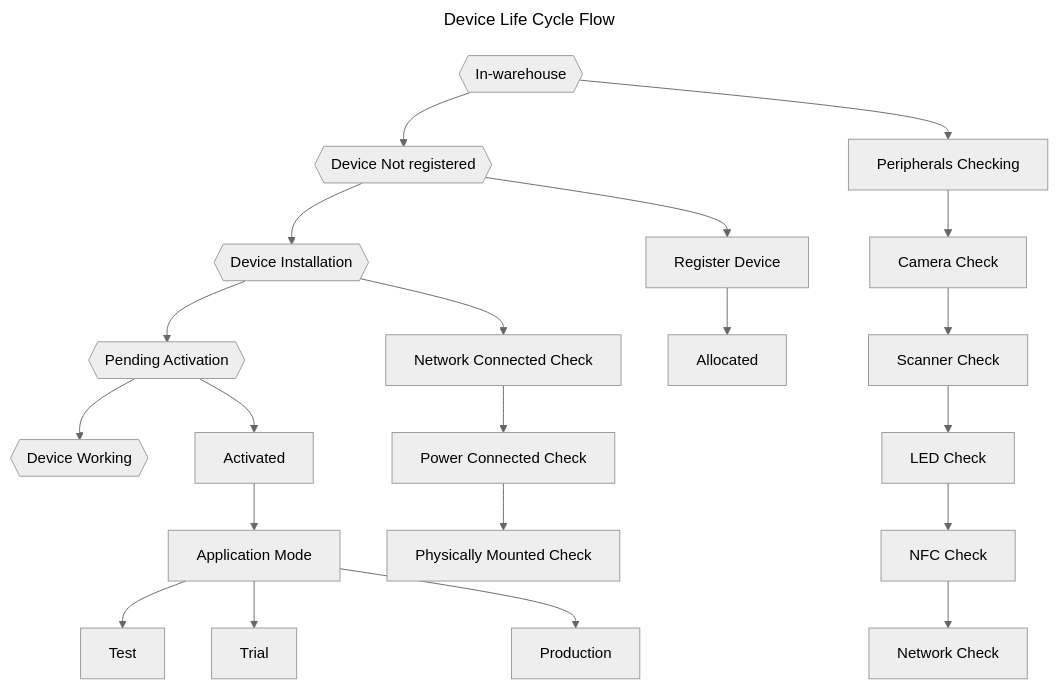
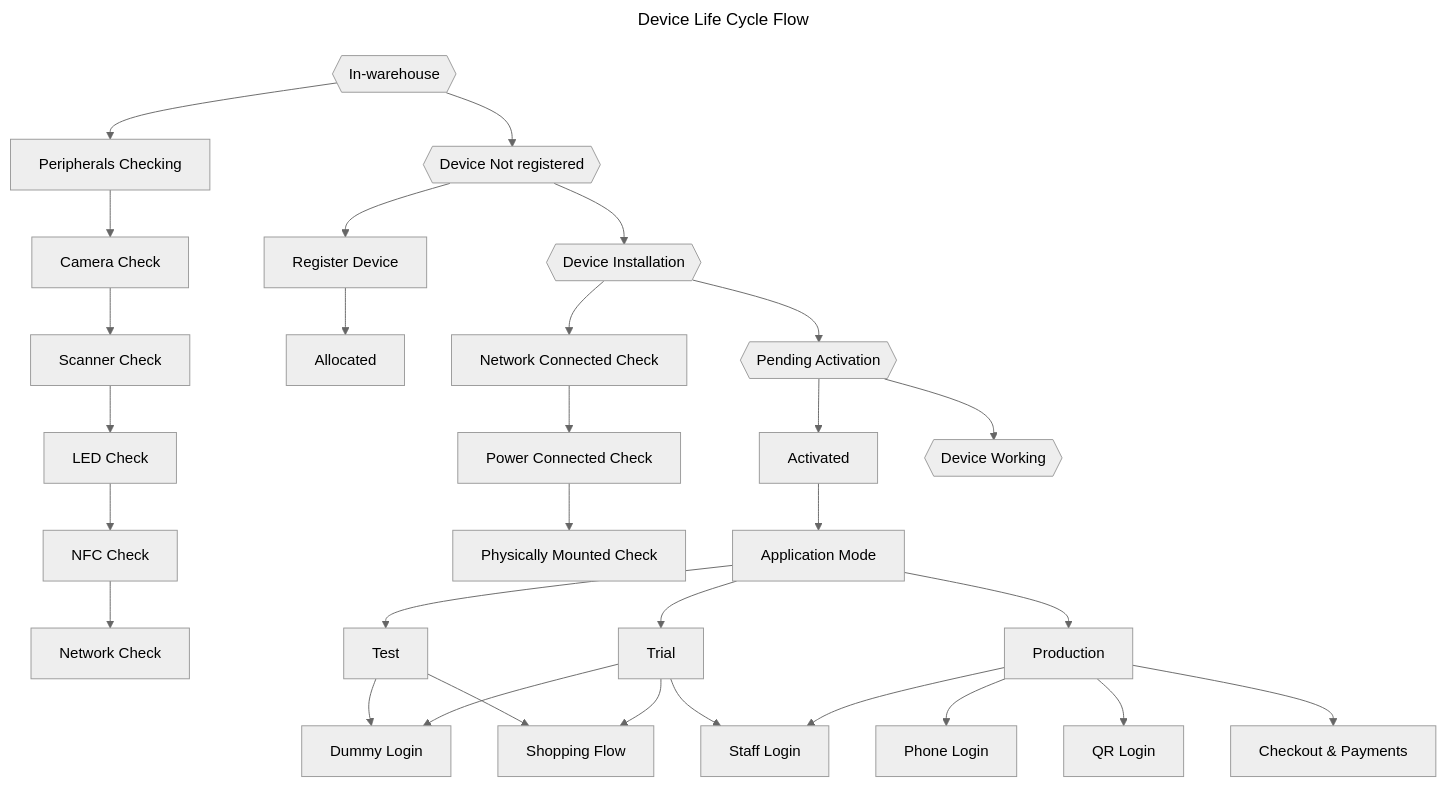
Before and after one commit to Ayush750502/PrologicTechnologies2025: the diagram in SkipQ/TO-DO 18-May-2026/README.MD, drawn with Mermaid (neutral theme). The commit also changed other lines of this file, not shown here.

Commit message:
Refinning

````diff
--- a/SkipQ/TO-DO 18-May-2026/README.MD
+++ b/SkipQ/TO-DO 18-May-2026/README.MD
@@ -7,48 +7,72 @@
 ```mermaid
 ---
 title: Device Life Cycle Flow
 ---
 flowchart TD
 	A{{In-warehouse}}
 	A1[Peripherals Checking]
 	A2[Camera Check]
 	A3[Scanner Check]
 	A4[LED Check]
 	A5[NFC Check]
 	A6[Network Check]
 
 	B{{Device Not registered}}
 	B1[Register Device]
 	B2[Allocated]
 
 	C{{Device Installation}}
 	C1[Network Connected Check]
 	C2[Power Connected Check]
 	C3[Physically Mounted Check]
 
 	D{{Pending Activation}}
 	D1[Activated]
 	D2[Application Mode]
 	D21[Test]
+	D211[Dummy Login]
+	D212[Shopping Flow]
 	D22[Trial]
+	D221[Staff Login]
 	D23[Production]
+	D231[Phone Login]
+	D232[QR Login]
+	D233[Checkout & Payments]
 
 	E{{Device Working}}
 
 	A --> B --> C --> D --> E
 
 	A --> A1 --> A2 --> A3 --> A4 --> A5 --> A6
 
 	B --> B1 --> B2
 
 	C --> C1 --> C2 --> C3
 
 	D --> D1 --> D2
 
 	D2 --> D21 
 
 	D2 --> D22
 
 	D2 --> D23
 
+	D21 --> D211
+
+	D21 --> D212
+
+	D22 --> D211
+
+	D22 --> D212
+
+	D22 --> D221
+
+	D23 --> D231
+
+	D23 --> D232
+
+	D23 --> D221
+
+	D23 --> D233
+
 ```
````
